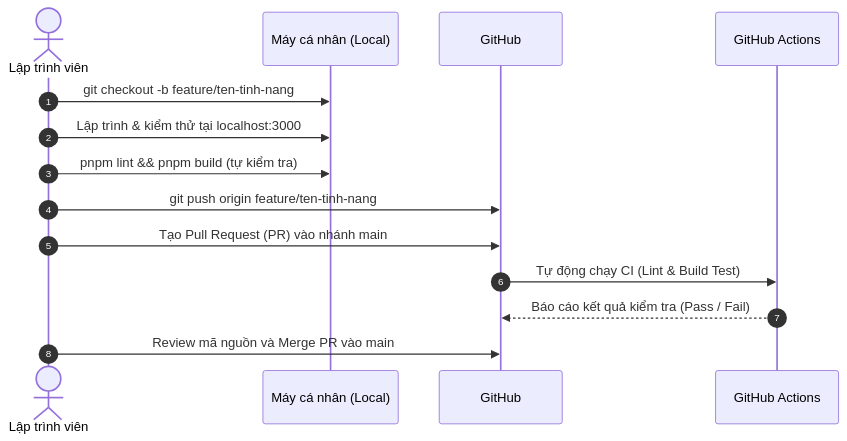
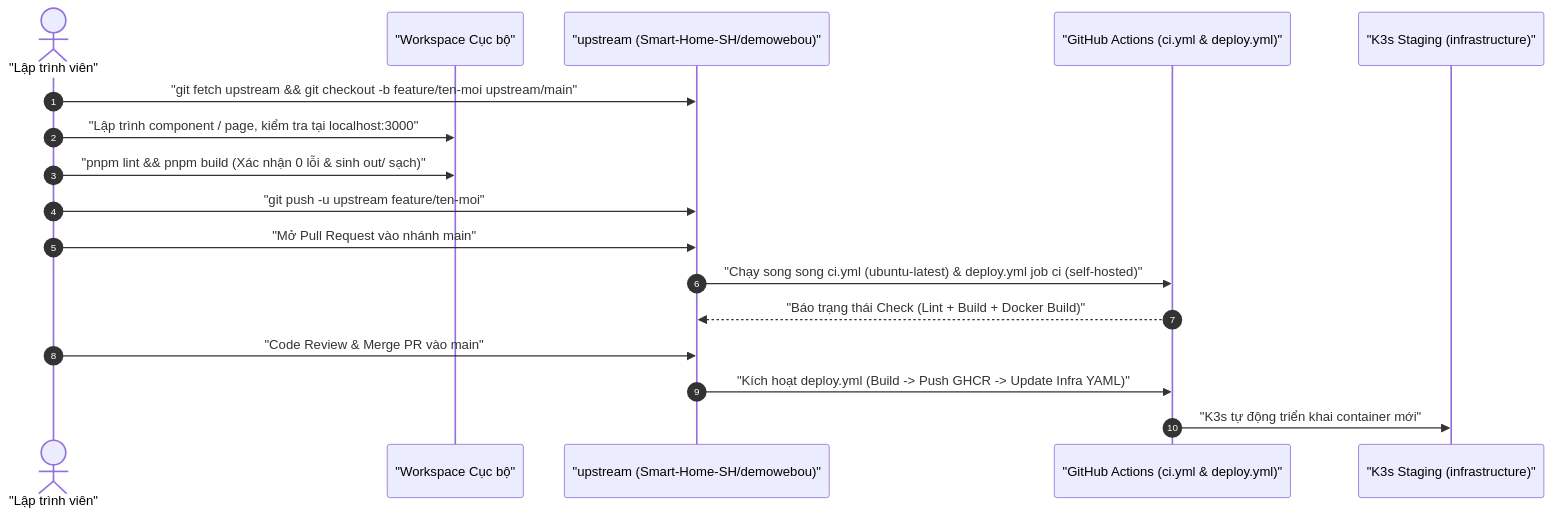
Before and after one commit to JxctDongPhuong/Web_viet_han: the third of 4 diagrams in WORKFLOW.md, drawn with Mermaid. The commit also changed other lines of this file, not shown here.

````diff
--- a/WORKFLOW.md
+++ b/WORKFLOW.md
@@ -59,17 +281,20 @@
 ```mermaid
 sequenceDiagram
     autonumber
-    actor Dev as Lập trình viên
-    participant Local as Máy cá nhân (Local)
-    participant Git as GitHub
-    participant CI as GitHub Actions
+    actor Dev as "Lập trình viên"
+    participant Local as "Workspace Cục bộ"
+    participant Upstream as "upstream (Smart-Home-SH/demowebou)"
+    participant CI as "GitHub Actions (ci.yml & deploy.yml)"
+    participant Infra as "K3s Staging (infrastructure)"
 
-    Dev->>Local: git checkout -b feature/ten-tinh-nang
-    Dev->>Local: Lập trình & kiểm thử tại localhost:3000
-    Dev->>Local: pnpm lint && pnpm build (tự kiểm tra)
-    Dev->>Git: git push origin feature/ten-tinh-nang
-    Dev->>Git: Tạo Pull Request (PR) vào nhánh main
-    Git->>CI: Tự động chạy CI (Lint & Build Test)
-    CI-->>Git: Báo cáo kết quả kiểm tra (Pass / Fail)
-    Dev->>Git: Review mã nguồn và Merge PR vào main
+    Dev->>Upstream: "git fetch upstream && git checkout -b feature/ten-moi upstream/main"
+    Dev->>Local: "Lập trình component / page, kiểm tra tại localhost:3000"
+    Dev->>Local: "pnpm lint && pnpm build (Xác nhận 0 lỗi & sinh out/ sạch)"
+    Dev->>Upstream: "git push -u upstream feature/ten-moi"
+    Dev->>Upstream: "Mở Pull Request vào nhánh main"
+    Upstream->>CI: "Chạy song song ci.yml (ubuntu-latest) & deploy.yml job ci (self-hosted)"
+    CI-->>Upstream: "Báo trạng thái Check (Lint + Build + Docker Build)"
+    Dev->>Upstream: "Code Review & Merge PR vào main"
+    Upstream->>CI: "Kích hoạt deploy.yml (Build -> Push GHCR -> Update Infra YAML)"
+    CI->>Infra: "K3s tự động triển khai container mới"
 ```
````
